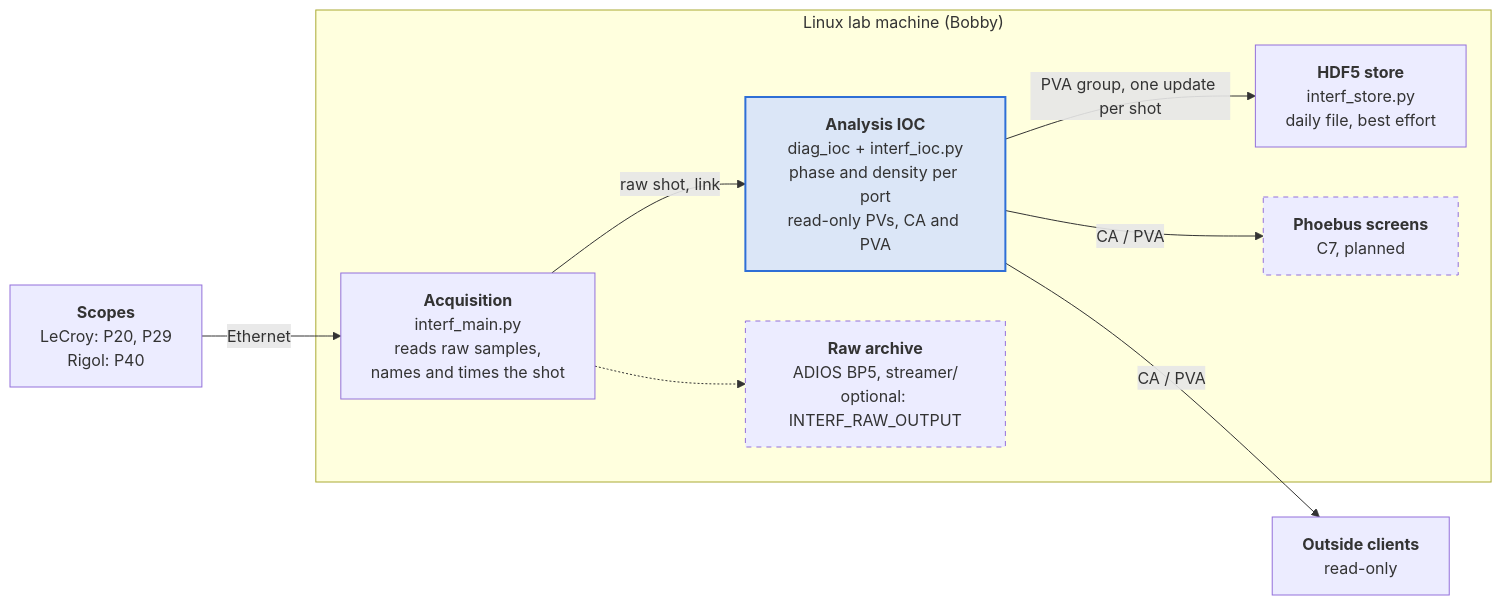
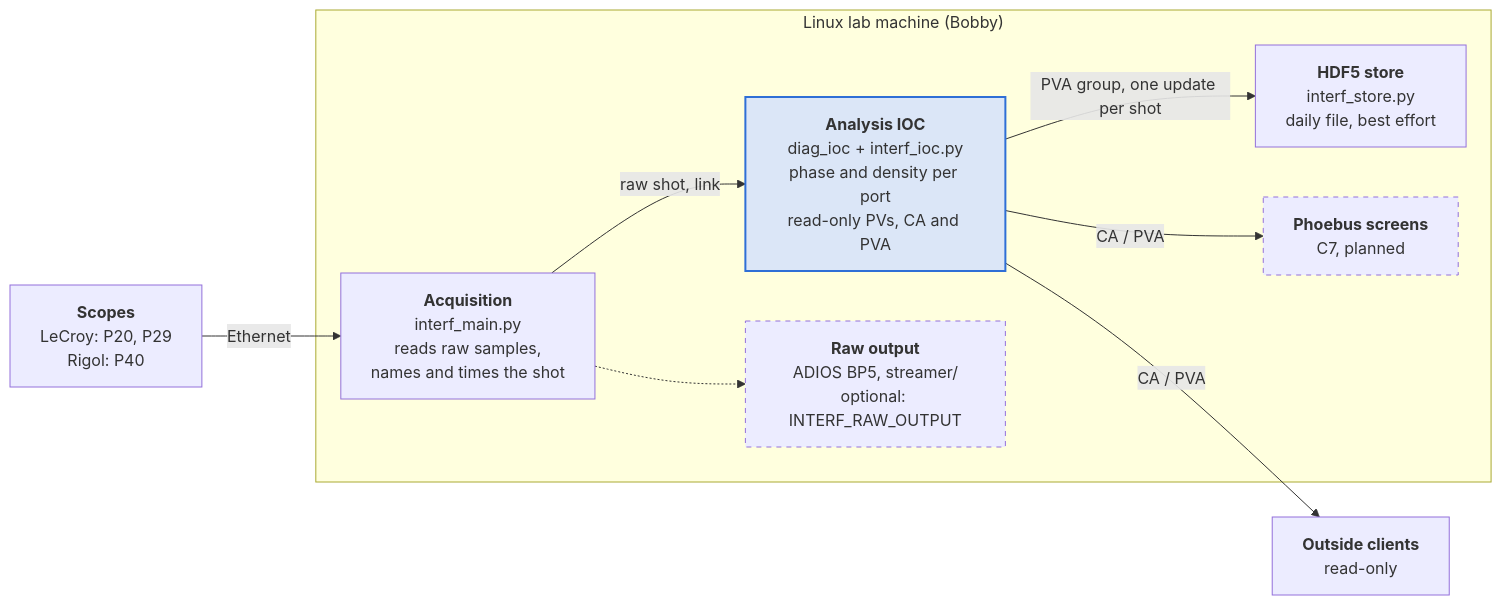
The first of 2 diagrams in README.md (BaPSF/bapsf_interferometer), drawn with Mermaid before and after one commit. The commit also changed other lines of this file and 15 other files, not shown here.

````diff
--- a/README.md
+++ b/README.md
@@ -7,27 +7,27 @@
 ```mermaid
 flowchart LR
   accTitle: Interferometer data path
   accDescr: The two scopes feed acquisition on the Linux lab machine. Acquisition sends each raw shot over a local link to the analysis IOC, which publishes phase and density as read-only EPICS PVs. The HDF5 store, the screens and outside clients read those PVs.
 
   scopes["<b>Scopes</b><br/>LeCroy: P20, P29<br/>Rigol: P40"]
   subgraph bobby["Linux lab machine (Bobby)"]
     acq["<b>Acquisition</b><br/>interf_main.py<br/>reads raw samples,<br/>names and times the shot"]
     ioc["<b>Analysis IOC</b><br/>diag_ioc + interf_ioc.py<br/>phase and density per port<br/>read-only PVs, CA and PVA"]
     store["<b>HDF5 store</b><br/>interf_store.py<br/>daily file, best effort"]
     screens["<b>Phoebus screens</b><br/>C7, planned"]
-    arch["<b>Raw archive</b><br/>ADIOS BP5, streamer/<br/>optional: INTERF_RAW_OUTPUT"]
+    arch["<b>Raw output</b><br/>ADIOS BP5, streamer/<br/>optional: INTERF_RAW_OUTPUT"]
   end
   outside["<b>Outside clients</b><br/>read-only"]
 
   scopes -- Ethernet --> acq
   acq -- "raw shot, link<br/>" --> ioc
   acq -.-> arch
   ioc -- "PVA group, one update per shot" --> store
   ioc -- CA / PVA --> screens
   ioc -- CA / PVA --> outside
 
   classDef core fill:#dbe6f7,stroke:#2f6fd6,stroke-width:2px
   classDef planned stroke-dasharray:5 5
   class ioc core
   class screens,arch planned
 ```
````
